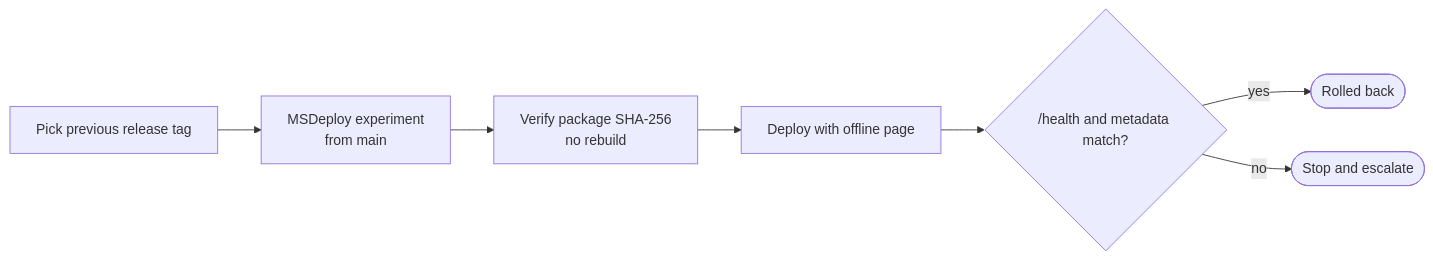
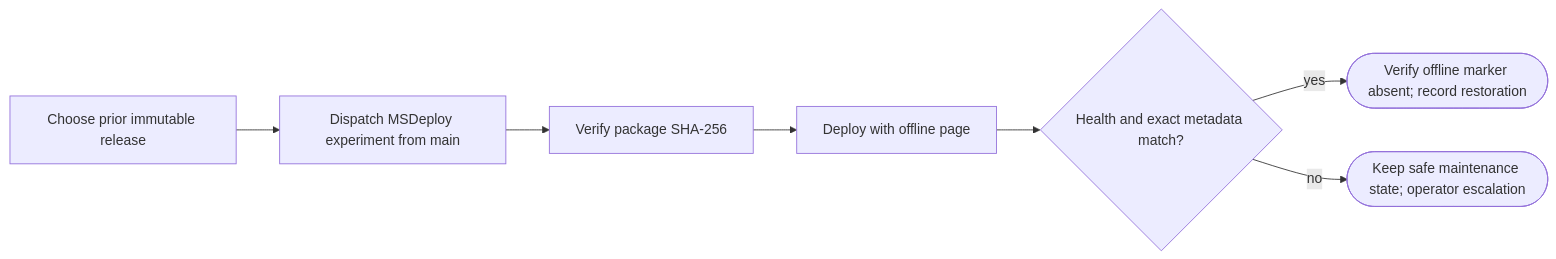
The diagram in docs/rollback-runbook.md (fredrik-hellmangroup/cv-online-presenter), drawn with Mermaid before and after one commit. The commit also changed other lines of this file and 2 other files, not shown here.

Commit message:
docs: record issue 56 release recovery decision

````diff
--- a/docs/rollback-runbook.md
+++ b/docs/rollback-runbook.md
@@ -5,9 +7,9 @@
 ```mermaid
 flowchart LR
-    A["Pick previous release tag"] --> B["MSDeploy experiment<br/>from main"]
-    B --> C["Verify package SHA-256<br/>no rebuild"]
+    A["Choose prior immutable release"] --> B["Dispatch MSDeploy experiment from main"]
+    B --> C["Verify package SHA-256"]
     C --> D["Deploy with offline page"]
-    D --> E{"/health and metadata match?"}
-    E -->|yes| F(["Rolled back"])
-    E -->|no| G(["Stop and escalate"])
+    D --> E{"Health and exact metadata match?"}
+    E -->|yes| F(["Verify offline marker absent; record restoration"])
+    E -->|no| G(["Keep safe maintenance state; operator escalation"])
 ```
````
